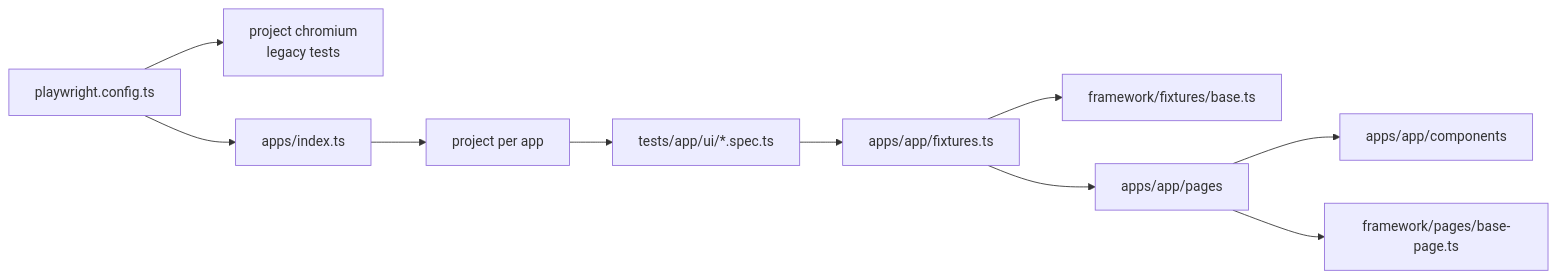
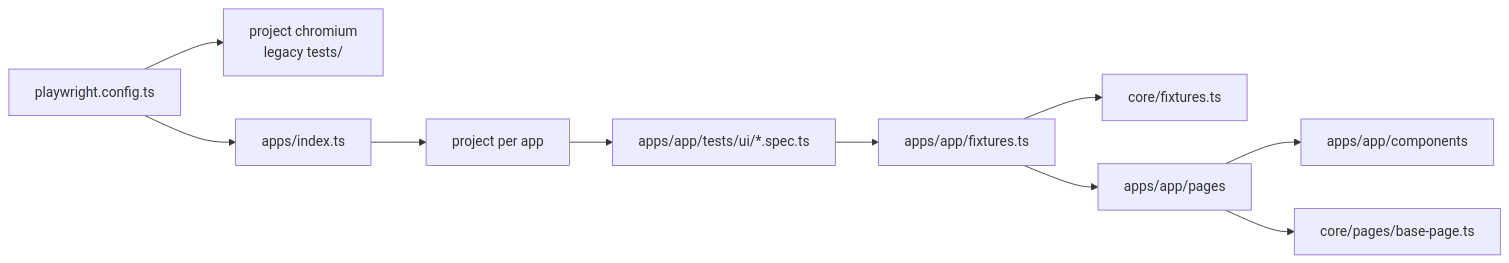
Before and after one commit to Ric-are-do/AgenticTesting: the diagram in .claude/agent-memory/qa-tester/framework-map.md, drawn with Mermaid. The commit also changed other lines of this file and 16 other files, not shown here.

````diff
--- a/.claude/agent-memory/qa-tester/framework-map.md
+++ b/.claude/agent-memory/qa-tester/framework-map.md
@@ -44,9 +44,9 @@
 ```mermaid
 flowchart LR
-  CFG[playwright.config.ts] --> LEG[project chromium<br/>legacy tests]
+  CFG[playwright.config.ts] --> LEG[project chromium<br/>legacy tests/]
   CFG --> APPS[apps/index.ts] --> PRJ[project per app]
-  PRJ --> SPECS[tests/app/ui/*.spec.ts]
-  SPECS --> FIX[apps/app/fixtures.ts] --> BASEFIX[framework/fixtures/base.ts]
+  PRJ --> SPECS[apps/app/tests/ui/*.spec.ts]
+  SPECS --> FIX[apps/app/fixtures.ts] --> COREFIX[core/fixtures.ts]
   FIX --> PAGE[apps/app/pages] --> COMP[apps/app/components]
-  PAGE --> BASE[framework/pages/base-page.ts]
+  PAGE --> BASE[core/pages/base-page.ts]
 ```
````
